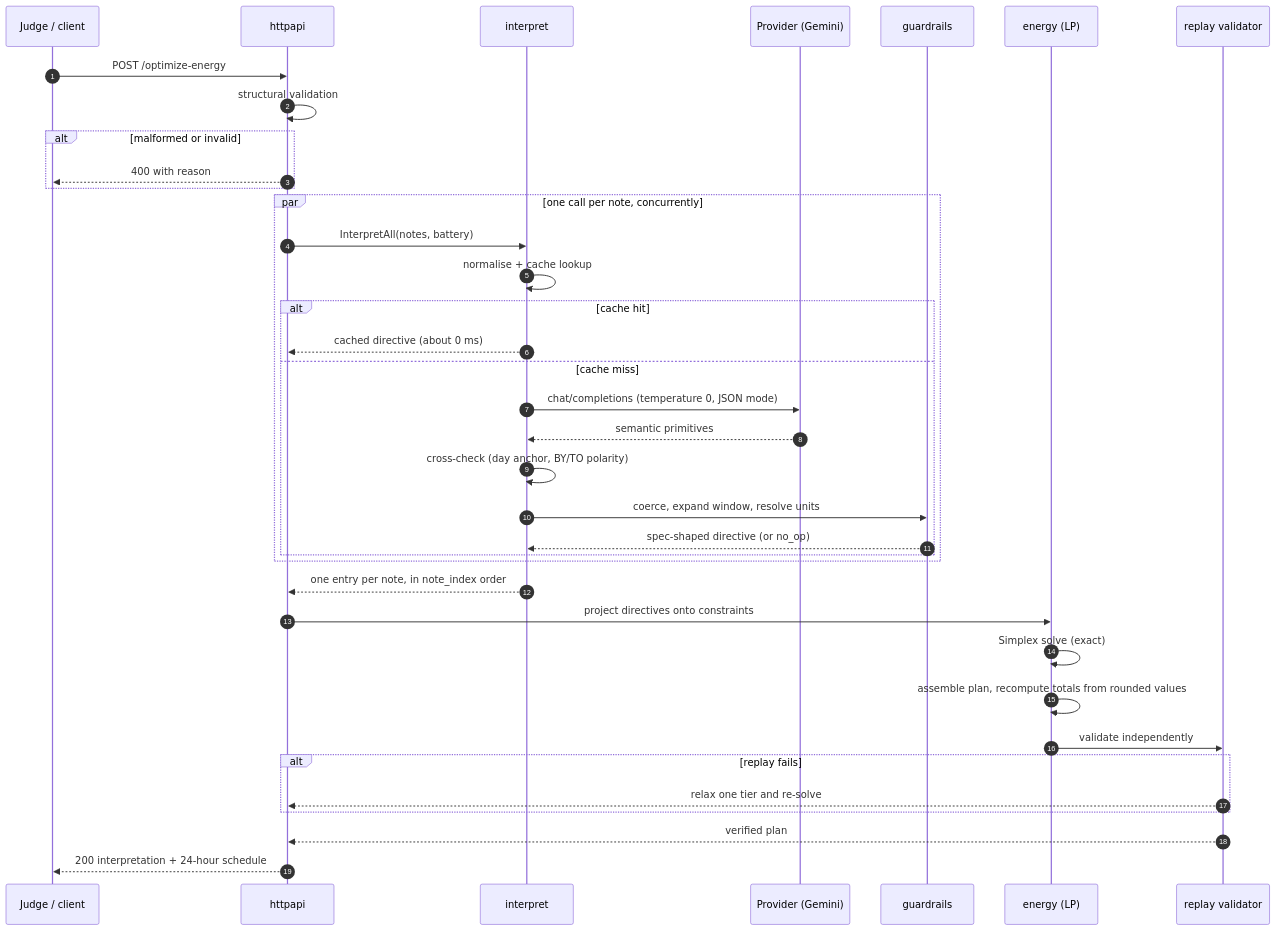
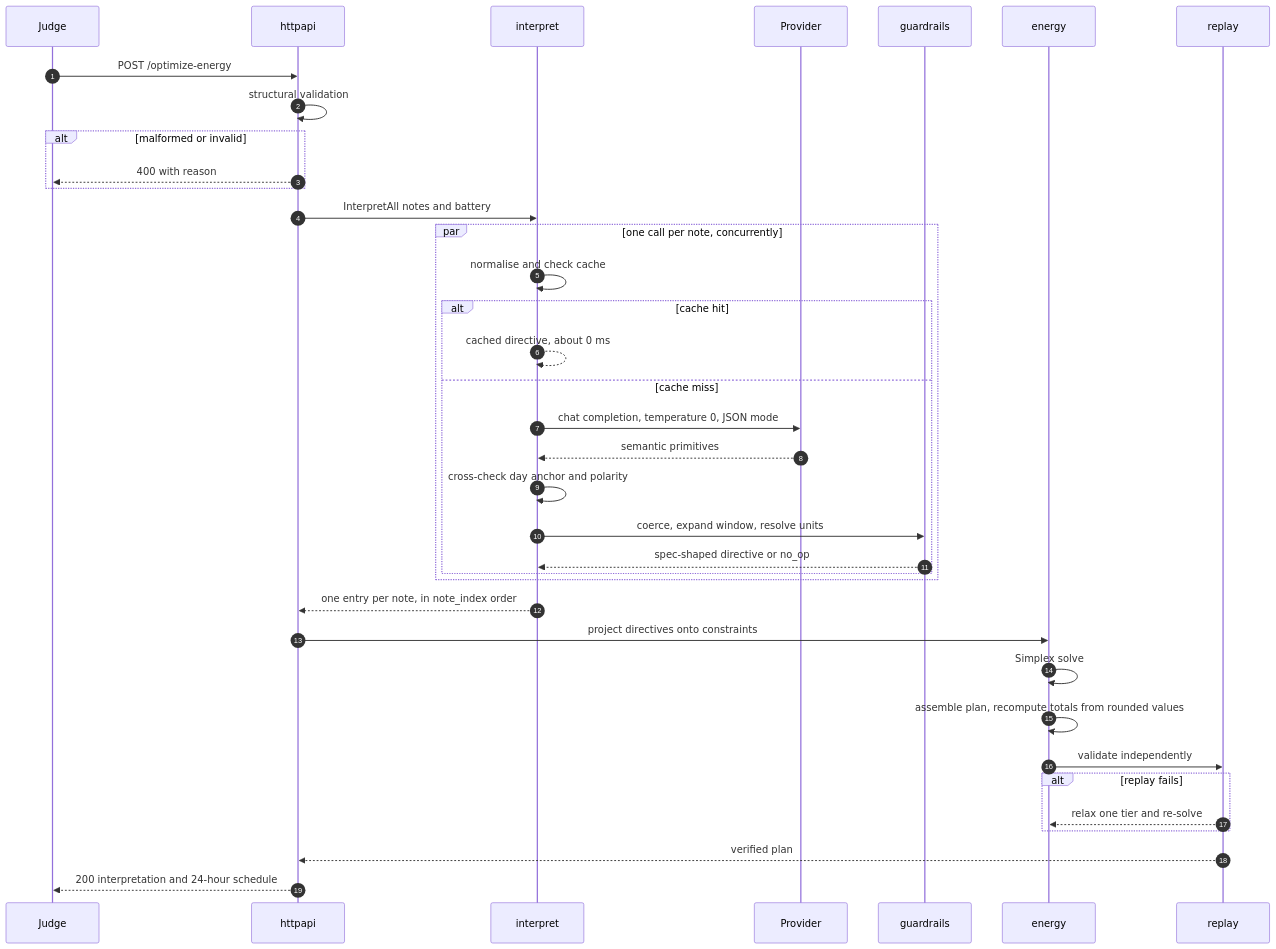
The second of 5 diagrams in docs/ARCHITECTURE.md (clickTwice26/bup_cse_fest_challenge), drawn with Mermaid before and after one commit. The commit also changed other lines of this file, not shown here.

First line of the commit message:
Fix Mermaid rendering and make diagrams theme-adaptive

````diff
--- a/docs/ARCHITECTURE.md
+++ b/docs/ARCHITECTURE.md
@@ -141,42 +142,42 @@
 ```mermaid
 sequenceDiagram
     autonumber
-    participant J as Judge / client
+    participant J as Judge
     participant H as httpapi
     participant I as interpret
-    participant P as Provider (Gemini)
+    participant P as Provider
     participant G as guardrails
-    participant E as energy (LP)
-    participant V as replay validator
+    participant E as energy
+    participant V as replay
 
     J->>H: POST /optimize-energy
     H->>H: structural validation
     alt malformed or invalid
         H-->>J: 400 with reason
     end
 
+    H->>I: InterpretAll notes and battery
     par one call per note, concurrently
-        H->>I: InterpretAll(notes, battery)
-        I->>I: normalise + cache lookup
+        I->>I: normalise and check cache
         alt cache hit
-            I-->>H: cached directive (about 0 ms)
+            I-->>I: cached directive, about 0 ms
         else cache miss
-            I->>P: chat/completions (temperature 0, JSON mode)
+            I->>P: chat completion, temperature 0, JSON mode
             P-->>I: semantic primitives
-            I->>I: cross-check (day anchor, BY/TO polarity)
+            I->>I: cross-check day anchor and polarity
             I->>G: coerce, expand window, resolve units
-            G-->>I: spec-shaped directive (or no_op)
+            G-->>I: spec-shaped directive or no_op
         end
     end
     I-->>H: one entry per note, in note_index order
 
     H->>E: project directives onto constraints
-    E->>E: Simplex solve (exact)
+    E->>E: Simplex solve
     E->>E: assemble plan, recompute totals from rounded values
     E->>V: validate independently
     alt replay fails
-        V-->>H: relax one tier and re-solve
+        V-->>E: relax one tier and re-solve
     end
     V-->>H: verified plan
-    H-->>J: 200 interpretation + 24-hour schedule
+    H-->>J: 200 interpretation and 24-hour schedule
 ```
````
